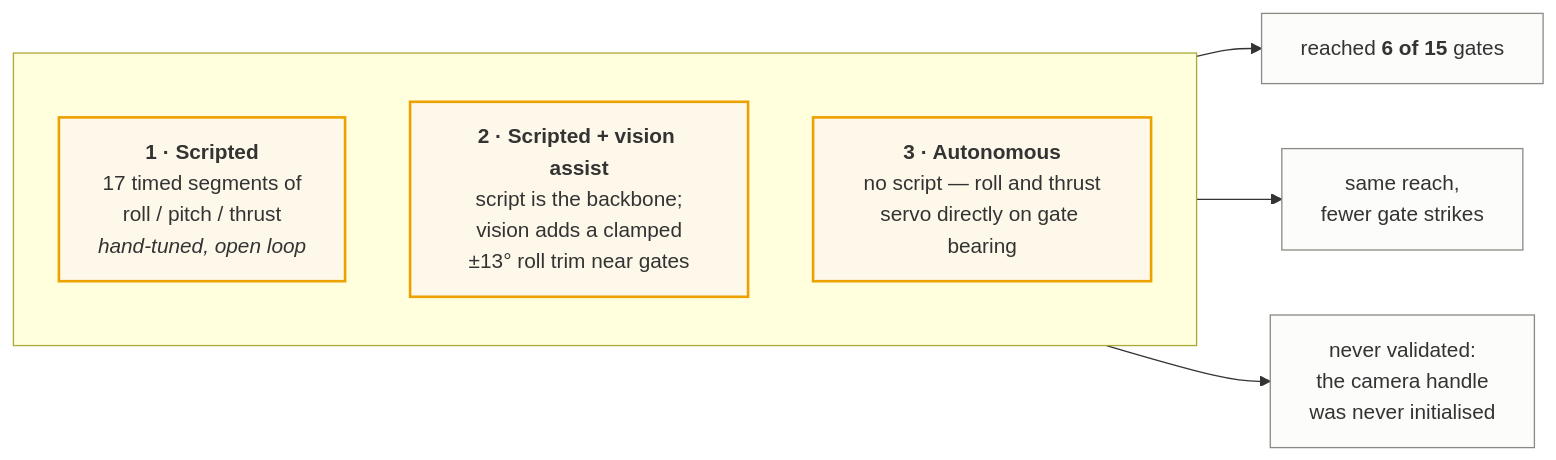
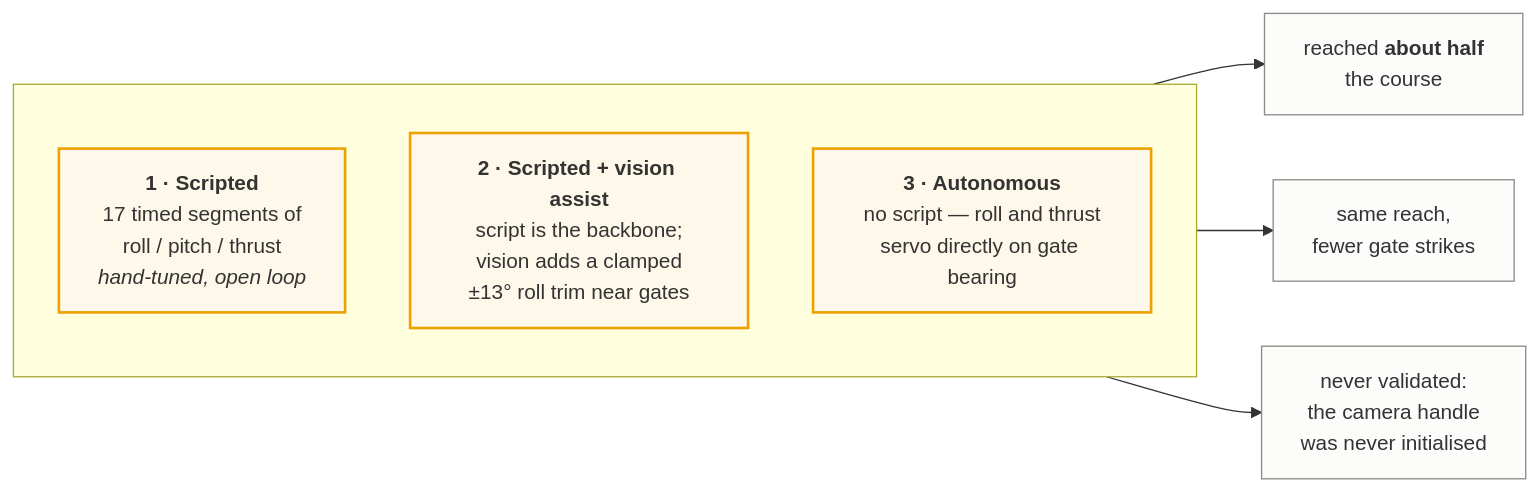
The third of 5 diagrams in README.md (jhk-a1/ai-grand-prix-work-2), drawn with Mermaid before and after one commit. The commit also changed other lines of this file and 1 other file, not shown here.

First line of the commit message:
Correct the course-reach figure: about half, not 6 of 15

````diff
--- a/README.md
+++ b/README.md
@@ -122,17 +122,17 @@
 ```mermaid
 flowchart LR
     subgraph modes [" "]
         direction TB
         S["<b>1 · Scripted</b><br/>17 timed segments of<br/>roll / pitch / thrust<br/><i>hand-tuned, open loop</i>"]
         V["<b>2 · Scripted + vision assist</b><br/>script is the backbone;<br/>vision adds a clamped<br/>±13° roll trim near gates"]
         A["<b>3 · Autonomous</b><br/>no script — roll and thrust<br/>servo directly on gate bearing"]
     end
-    S --> R1["reached <b>6 of 15</b> gates"]
+    S --> R1["reached <b>about half</b><br/>the course"]
     V --> R2["same reach,<br/>fewer gate strikes"]
     A --> R3["never validated:<br/>the camera handle<br/>was never initialised"]
 
     classDef m fill:#fdf8e9,stroke:#eda100,stroke-width:2px
     classDef r fill:#fcfcfb,stroke:#8a8984
     class S,V,A m
     class R1,R2,R3 r
 ```
````
